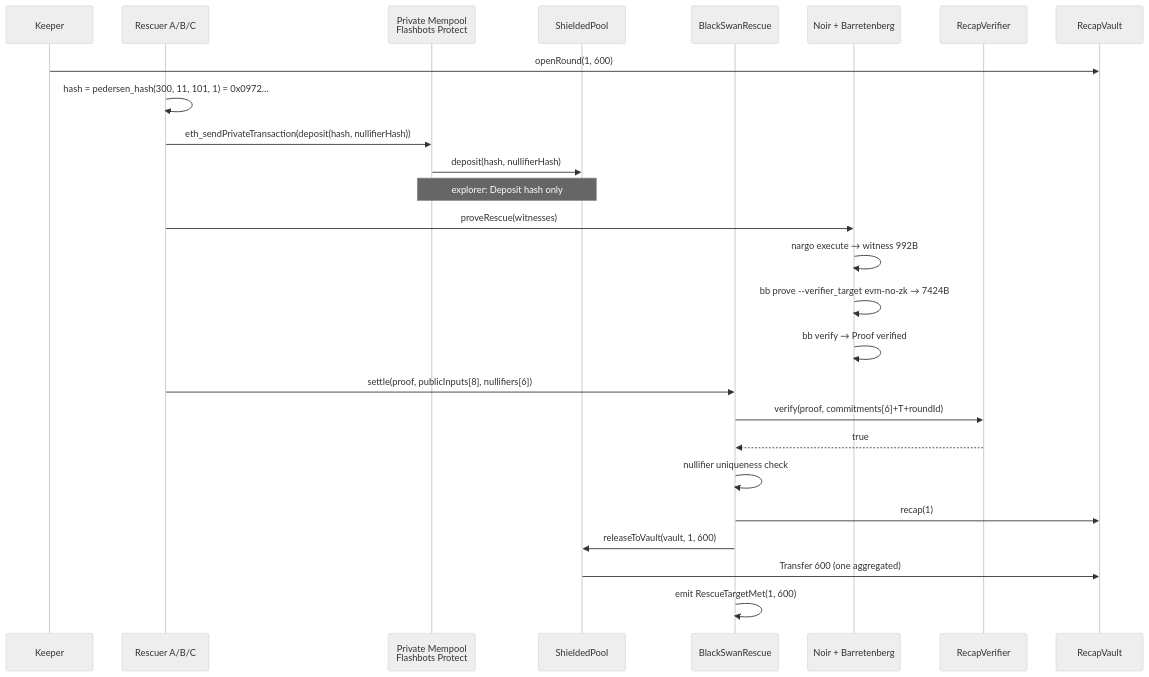
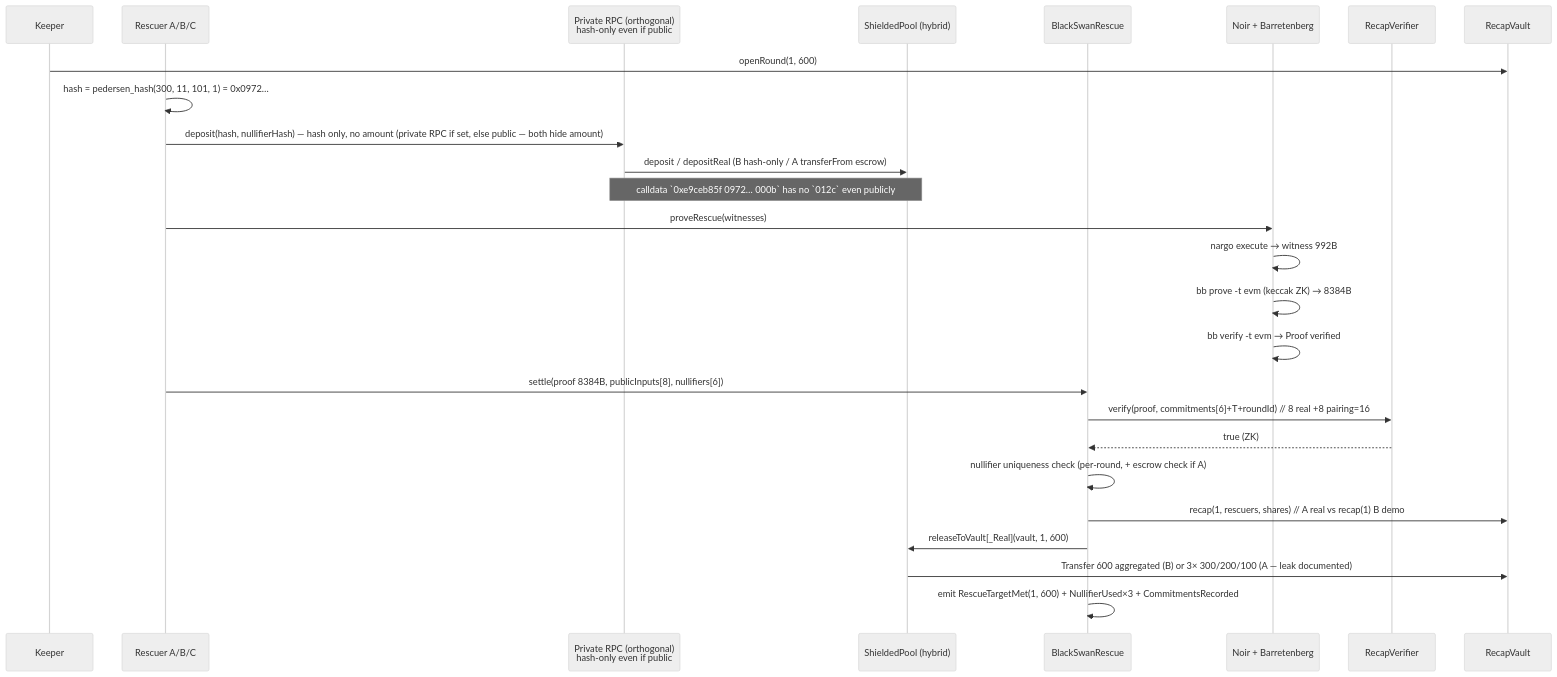
Before and after one commit to sujalmh/blackswan-relay: the fourth of 6 diagrams in README.md, drawn with Mermaid (neutral theme). The commit also changed other lines of this file and 7 other files, not shown here.

````diff
--- a/README.md
+++ b/README.md
@@ -128,31 +128,31 @@
 ```mermaid
 sequenceDiagram
   participant Keeper
   participant Rescuer as Rescuer A/B/C
-  participant PM as Private Mempool<br/>Flashbots Protect
-  participant Pool as ShieldedPool
+  participant PM as Private RPC (orthogonal)<br/>hash-only even if public
+  participant Pool as ShieldedPool (hybrid)
   participant Rescue as BlackSwanRescue
   participant BB as Noir + Barretenberg
   participant Verifier as RecapVerifier
   participant Vault as RecapVault
 
   Keeper->>Vault: openRound(1, 600)
   Rescuer->>Rescuer: hash = pedersen_hash(300, 11, 101, 1) = 0x0972…
-  Rescuer->>PM: eth_sendPrivateTransaction(deposit(hash, nullifierHash))
-  PM->>Pool: deposit(hash, nullifierHash) # no amount in calldata
-  Note over PM,Pool: explorer: Deposit hash only
+  Rescuer->>PM: deposit(hash, nullifierHash) — hash only, no amount (private RPC if set, else public — both hide amount)
+  PM->>Pool: deposit / depositReal (B hash-only / A transferFrom escrow)
+  Note over PM,Pool: calldata `0xe9ceb85f 0972… 000b` has no `012c` even publicly
 
   Rescuer->>BB: proveRescue(witnesses)
   BB->>BB: nargo execute → witness 992B
-  BB->>BB: bb prove --verifier_target evm-no-zk → 7424B
-  BB->>BB: bb verify → Proof verified
+  BB->>BB: bb prove -t evm (keccak ZK) → 8384B
+  BB->>BB: bb verify -t evm → Proof verified
 
-  Rescuer->>Rescue: settle(proof, publicInputs[8], nullifiers[6])
-  Rescue->>Verifier: verify(proof, commitments[6]+T+roundId)
-  Verifier-->>Rescue: true
-  Rescue->>Rescue: nullifier uniqueness check
-  Rescue->>Vault: recap(1)
-  Rescue->>Pool: releaseToVault(vault, 1, 600)
-  Pool->>Vault: Transfer 600 (one aggregated)
-  Rescue->>Rescue: emit RescueTargetMet(1, 600)
+  Rescuer->>Rescue: settle(proof 8384B, publicInputs[8], nullifiers[6])
+  Rescue->>Verifier: verify(proof, commitments[6]+T+roundId) // 8 real +8 pairing=16
+  Verifier-->>Rescue: true (ZK)
+  Rescue->>Rescue: nullifier uniqueness check (per-round, + escrow check if A)
+  Rescue->>Vault: recap(1, rescuers, shares) // A real vs recap(1) B demo
+  Rescue->>Pool: releaseToVault[_Real](vault, 1, 600)
+  Pool->>Vault: Transfer 600 aggregated (B) or 3× 300/200/100 (A — leak documented)
+  Rescue->>Rescue: emit RescueTargetMet(1, 600) + NullifierUsed×3 + CommitmentsRecorded
 ```
````
